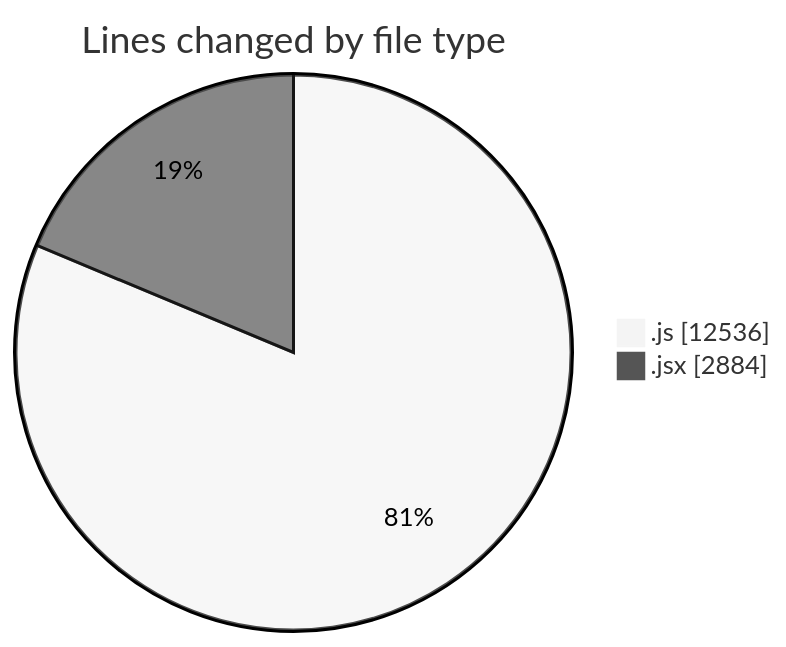
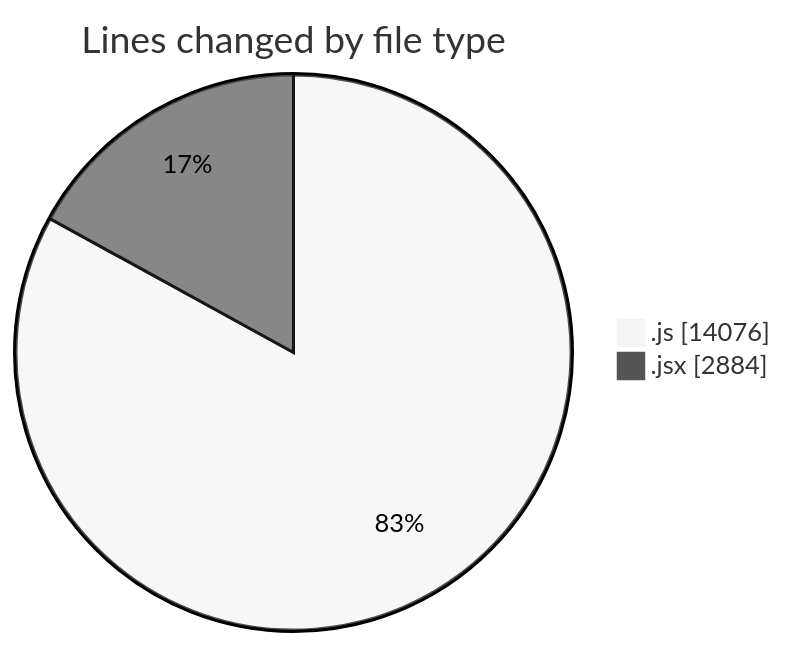
Before and after one commit to nxtqubesakshisongat/code-tracking: the first of 2 diagrams in 2025-09-26/nxtqube_webapp/README.md, drawn with Mermaid (neutral theme). The commit also changed other lines of this file and 1 other file, not shown here.

````diff
--- a/2025-09-26/nxtqube_webapp/README.md
+++ b/2025-09-26/nxtqube_webapp/README.md
@@ -26,6 +27,6 @@
 ```mermaid
 pie showData
 title Lines changed by file type
-".js" : 12536
+".js" : 14076
 ".jsx" : 2884
 ```
````
